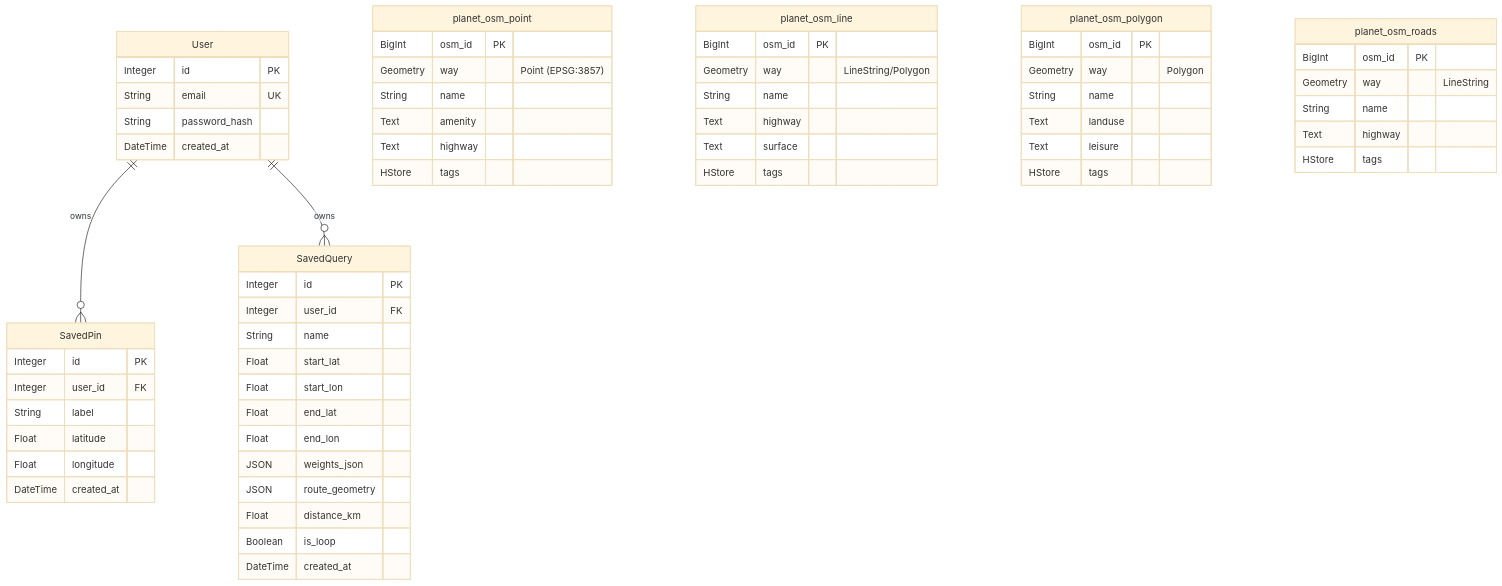
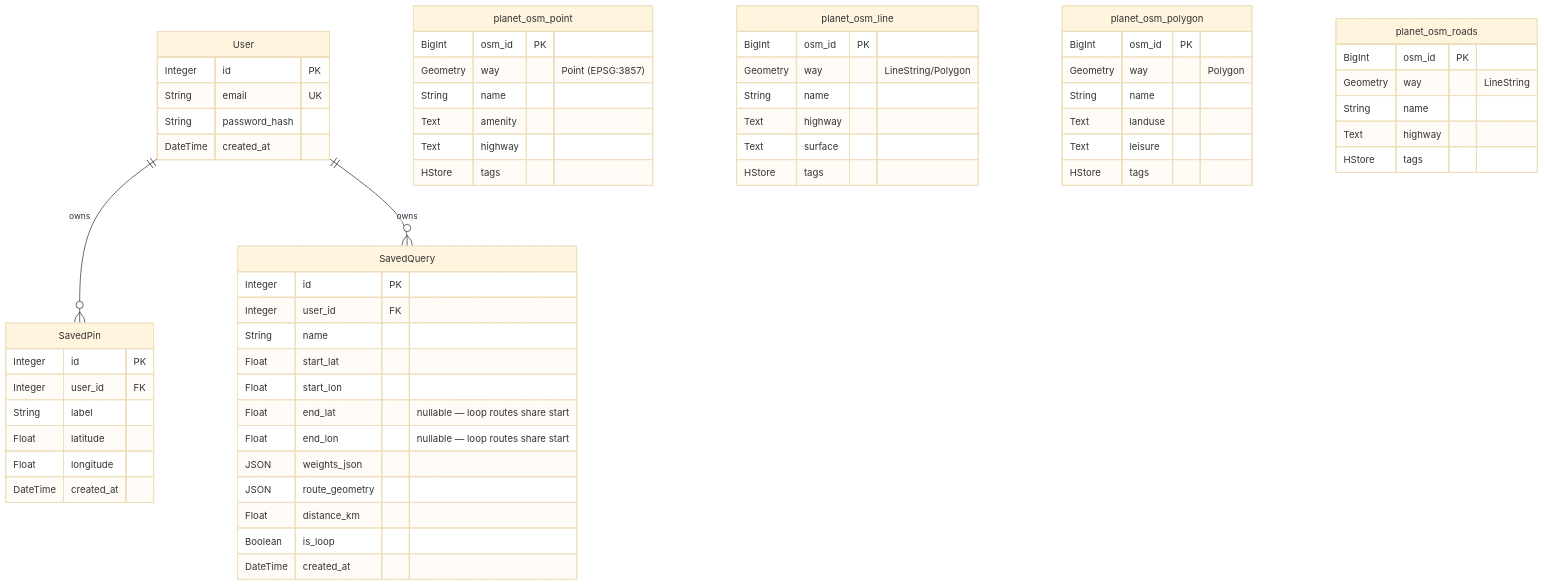
One commit to Chimpyr/pathfinder-project changed the diagram in docs/report_diagrams/6_erd_dual_schema.md. Above: the diagram before and after it, drawn with Mermaid (base theme). The commit also changed other lines of this file and 21 other files, not shown here.

Commit message:
diagram updates

````diff
--- a/docs/report_diagrams/6_erd_dual_schema.md
+++ b/docs/report_diagrams/6_erd_dual_schema.md
@@ -5,77 +5,82 @@
 ```mermaid
 erDiagram
     %% USER DB SCHEMA
     User {
         Integer id PK
         String email UK
         String password_hash
         DateTime created_at
     }
 
     SavedPin {
         Integer id PK
         Integer user_id FK
         String label
         Float latitude
         Float longitude
         DateTime created_at
     }
 
     SavedQuery {
         Integer id PK
         Integer user_id FK
         String name
         Float start_lat
         Float start_lon
-        Float end_lat
-        Float end_lon
+        Float end_lat "nullable — loop routes share start"
+        Float end_lon "nullable — loop routes share start"
         JSON weights_json
         JSON route_geometry
         Float distance_km
         Boolean is_loop
         DateTime created_at
     }
+
+    %% NOTE: The report body may reference a "SavedRoute" model.
+    %% No such model exists. SavedQuery fulfils this role via
+    %% route_geometry (JSON) and is_loop (Boolean) columns.
+    %% See: app/models/saved_query.py
 
     %% Relationships in user_db
     User ||--o{ SavedPin : "owns"
     User ||--o{ SavedQuery : "owns"
 
     %% POSTGIS DB SCHEMA (osm2pgsql structure)
     planet_osm_point {
         BigInt osm_id PK
         Geometry way "Point (EPSG:3857)"
         String name
         Text amenity
         Text highway
         HStore tags
     }
 
     planet_osm_line {
         BigInt osm_id PK
         Geometry way "LineString/Polygon"
         String name
         Text highway
         Text surface
         HStore tags
     }
 
     planet_osm_polygon {
         BigInt osm_id PK
         Geometry way "Polygon"
         String name
         Text landuse
         Text leisure
         HStore tags
     }
 
     planet_osm_roads {
         BigInt osm_id PK
         Geometry way "LineString"
         String name
         Text highway
         HStore tags
     }
 
     %% STRICT BOUNDARY NOTE
     %% There are NO relationships drawn between user_db and spatial_db
 ```
````
